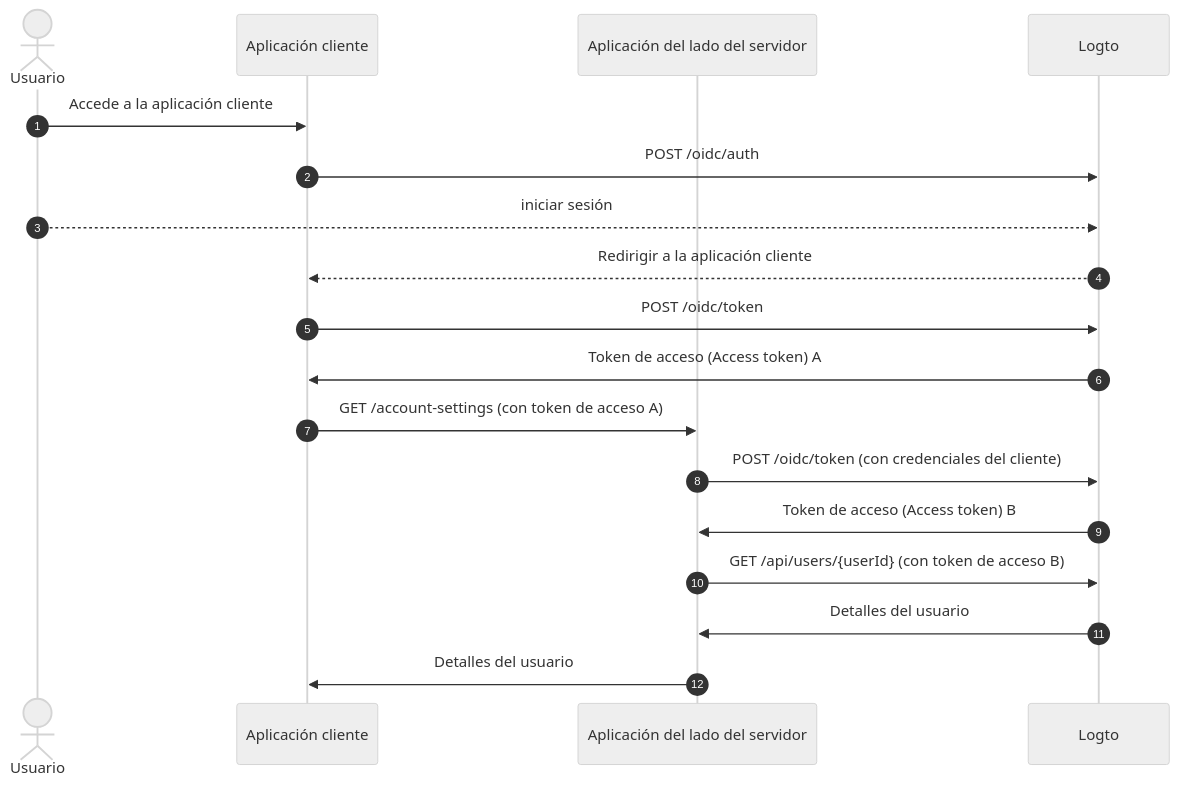
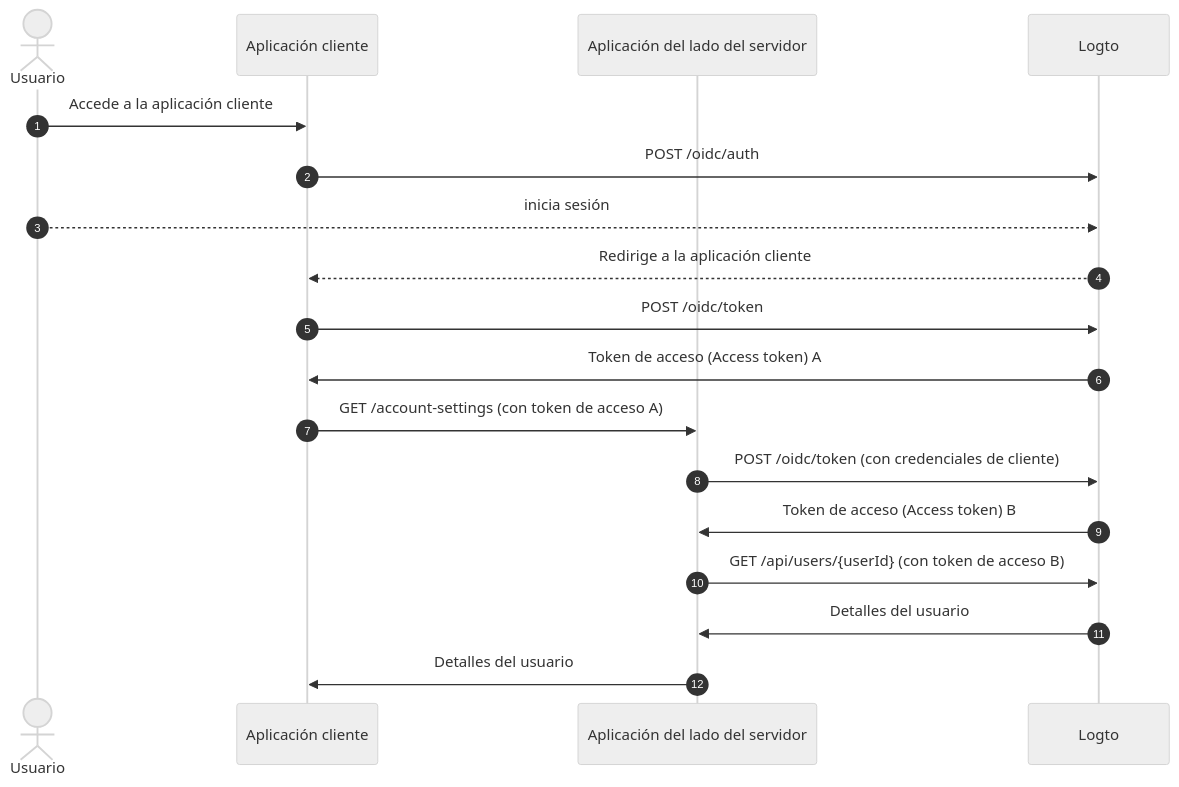
Before and after one commit to logto-io/docs: the second of 3 diagrams in i18n/es/docusaurus-plugin-content-docs/current/end-user-flows/account-settings/by-management-api.mdx, drawn with Mermaid (neutral theme). The commit also changed other lines of this file and 137 other files, not shown here.

````diff
--- a/i18n/es/docusaurus-plugin-content-docs/current/end-user-flows/account-settings/by-management-api.mdx
+++ b/i18n/es/docusaurus-plugin-content-docs/current/end-user-flows/account-settings/by-management-api.mdx
@@ -27,21 +27,21 @@
 ```mermaid
   sequenceDiagram
     autonumber
     actor User as Usuario
     participant Client as Aplicación cliente
     participant Server as Aplicación del lado del servidor
     participant Logto as Logto
 
     User ->> Client: Accede a la aplicación cliente
     Client ->> Logto: POST /oidc/auth
-    User -->> Logto: iniciar sesión
-    Logto -->> Client: Redirigir a la aplicación cliente
+    User -->> Logto: inicia sesión
+    Logto -->> Client: Redirige a la aplicación cliente
     Client ->> Logto: POST /oidc/token
     Logto ->> Client: Token de acceso (Access token) A
     Client ->> Server: GET /account-settings (con token de acceso A)
-    Server ->> Logto: POST /oidc/token (con credenciales del cliente)
+    Server ->> Logto: POST /oidc/token (con credenciales de cliente)
     Logto ->> Server: Token de acceso (Access token) B
     Server ->> Logto: GET /api/users/{userId} (con token de acceso B)
     Logto ->> Server: Detalles del usuario
     Server ->> Client: Detalles del usuario
 ```
````
